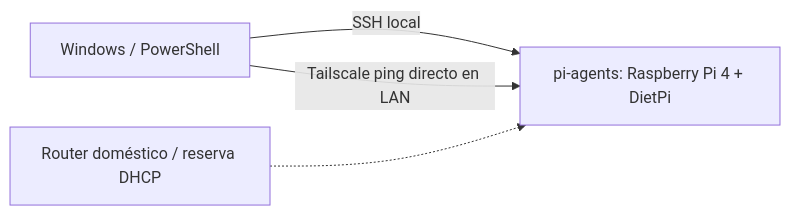
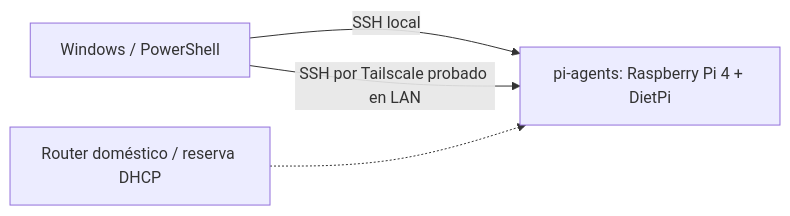
The first of 2 diagrams in docs/04-arquitectura.md (afvv2602/pi-agents), drawn with Mermaid before and after one commit. The commit also changed other lines of this file and 5 other files, not shown here.

Commit message:
docs: verify SSH key login over Tailscale

````diff
--- a/docs/04-arquitectura.md
+++ b/docs/04-arquitectura.md
@@ -7,6 +7,6 @@
 ```mermaid
 flowchart LR
   Admin[Windows / PowerShell] -->|SSH local| Host[pi-agents: Raspberry Pi 4 + DietPi]
-  Admin -->|Tailscale ping directo en LAN| Host
+  Admin -->|SSH por Tailscale probado en LAN| Host
   DHCP[Router doméstico / reserva DHCP] -.-> Host
 ```
````
